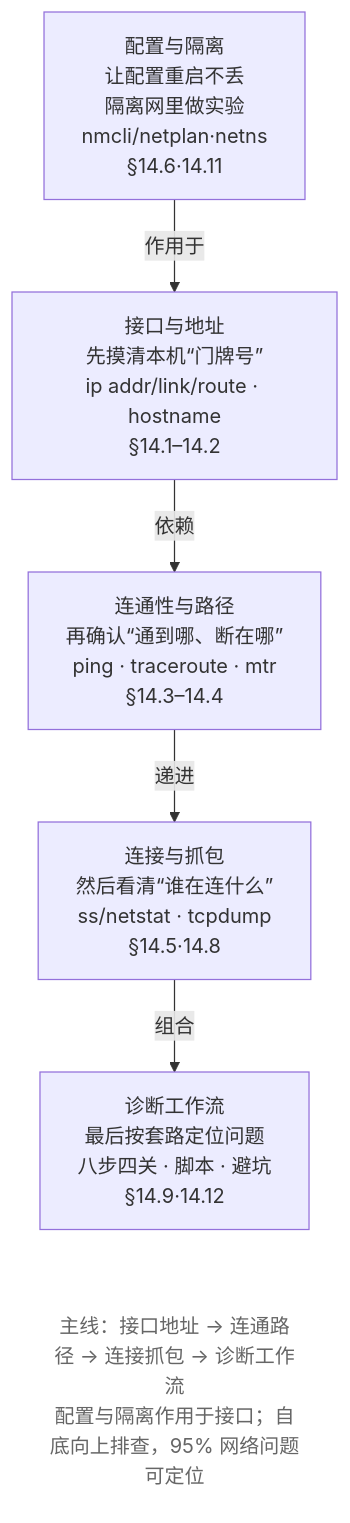
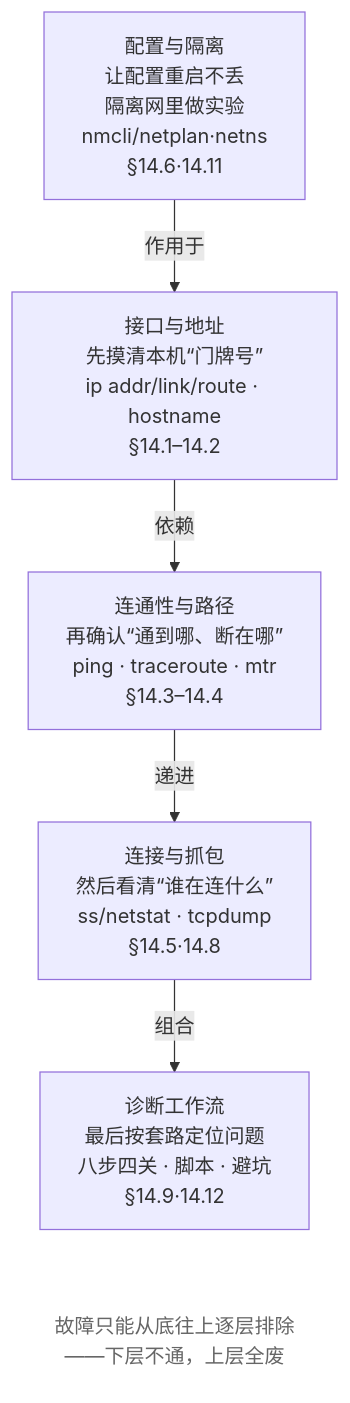
The first of 3 diagrams in src/linux-command/ch14.md (wangxiangnan/wangxiangnan.github.io), drawn with Mermaid before and after one commit. The commit also changed other lines of this file and 25 other files, not shown here.

````diff
--- a/src/linux-command/ch14.md
+++ b/src/linux-command/ch14.md
@@ -16,18 +16,18 @@
 ```mermaid
 flowchart TB
     A["配置与隔离<br>让配置重启不丢<br>隔离网里做实验<br>nmcli/netplan·netns<br>§14.6·14.11"]
     B["接口与地址<br>先摸清本机“门牌号”<br>ip addr/link/route · hostname<br>§14.1–14.2"]
     C["连通性与路径<br>再确认“通到哪、断在哪”<br>ping · traceroute · mtr<br>§14.3–14.4"]
     D["连接与抓包<br>然后看清“谁在连什么”<br>ss/netstat · tcpdump<br>§14.5·14.8"]
     E["诊断工作流<br>最后按套路定位问题<br>八步四关 · 脚本 · 避坑<br>§14.9·14.12"]
-    NOTE["主线：接口地址 → 连通路径 → 连接抓包 → 诊断工作流<br>配置与隔离作用于接口；自底向上排查，95% 网络问题可定位"]
+    NOTE["故障只能从底往上逐层排除——下层不通，上层全废"]
 
     B -->|依赖| C
     C -->|递进| D
     D -->|组合| E
     A -->|作用于| B
     E ~~~ NOTE
 
     classDef note fill:none,stroke:none,color:#666
     class NOTE note
 ```
````
